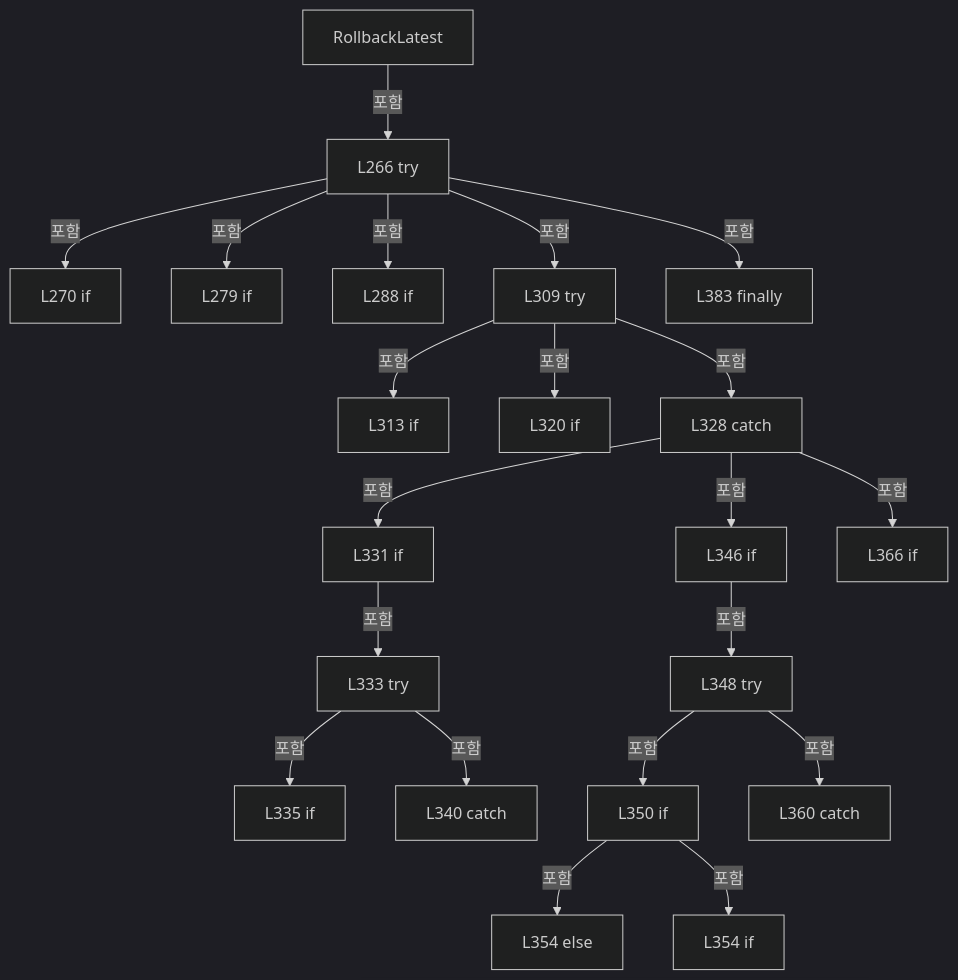
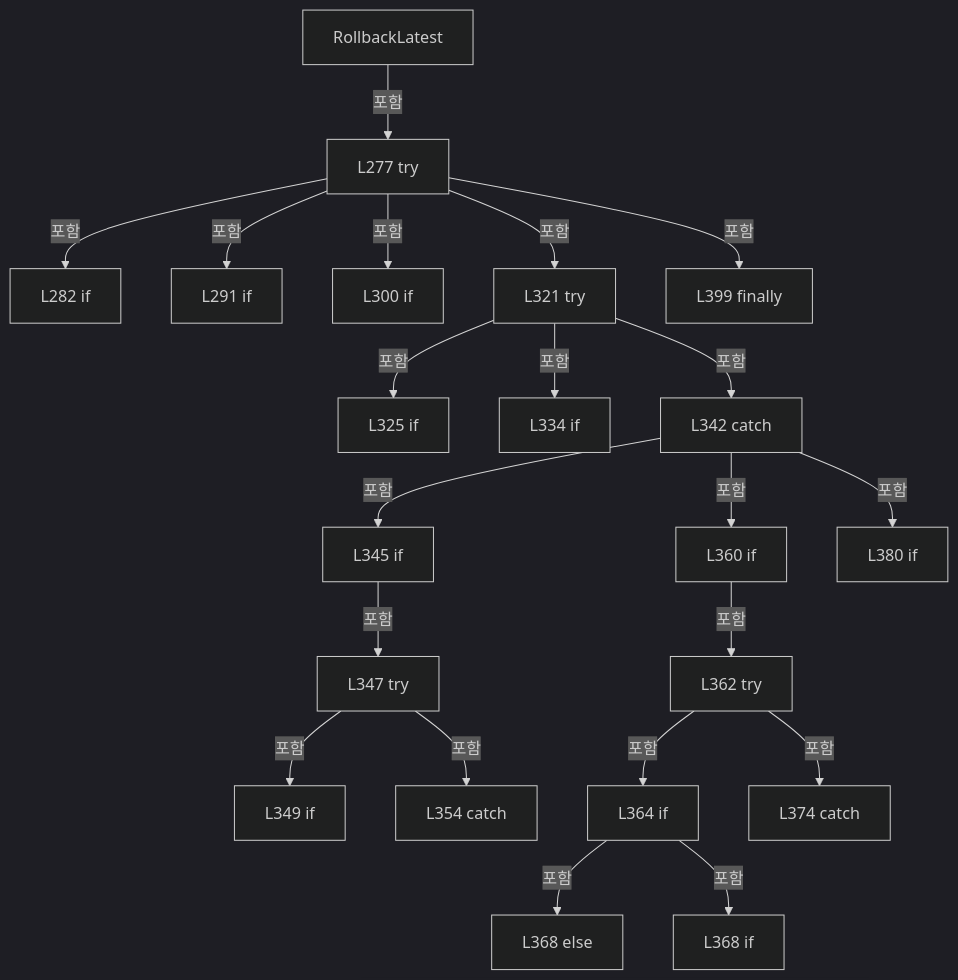
One commit to kjuws10-rgb/Shared changed the seventh of 19 diagrams in A3 LD Code Ref/files/Drilling.File/ReviewOffset/CReviewOffsetFile.cs.md. Above: the diagram before and after it, drawn with Mermaid (dark theme). The commit also changed other lines of this file and 2071 other files, not shown here.

Commit message:
docs(a3): update 11.19.0 architecture and code reference

````diff
--- a/A3 LD Code Ref/files/Drilling.File/ReviewOffset/CReviewOffsetFile.cs.md
+++ b/A3 LD Code Ref/files/Drilling.File/ReviewOffset/CReviewOffsetFile.cs.md
@@ -1101,44 +1128,44 @@
 ```mermaid
 flowchart TD
  M["RollbackLatest"]
- N0["L266 try"]
+ N0["L277 try"]
  M -->|포함| N0
- N1["L270 if"]
+ N1["L282 if"]
  N0 -->|포함| N1
- N2["L279 if"]
+ N2["L291 if"]
  N0 -->|포함| N2
- N3["L288 if"]
+ N3["L300 if"]
  N0 -->|포함| N3
- N4["L309 try"]
+ N4["L321 try"]
  N0 -->|포함| N4
- N5["L313 if"]
+ N5["L325 if"]
  N4 -->|포함| N5
- N6["L320 if"]
+ N6["L334 if"]
  N4 -->|포함| N6
- N7["L328 catch"]
+ N7["L342 catch"]
  N4 -->|포함| N7
- N8["L331 if"]
+ N8["L345 if"]
  N7 -->|포함| N8
- N9["L333 try"]
+ N9["L347 try"]
  N8 -->|포함| N9
- N10["L335 if"]
+ N10["L349 if"]
  N9 -->|포함| N10
- N11["L340 catch"]
+ N11["L354 catch"]
  N9 -->|포함| N11
- N12["L346 if"]
+ N12["L360 if"]
  N7 -->|포함| N12
- N13["L348 try"]
+ N13["L362 try"]
  N12 -->|포함| N13
- N14["L350 if"]
+ N14["L364 if"]
  N13 -->|포함| N14
- N15["L354 else"]
+ N15["L368 else"]
  N14 -->|포함| N15
- N16["L354 if"]
+ N16["L368 if"]
  N14 -->|포함| N16
- N17["L360 catch"]
+ N17["L374 catch"]
  N13 -->|포함| N17
- N18["L366 if"]
+ N18["L380 if"]
  N7 -->|포함| N18
- N19["L383 finally"]
+ N19["L399 finally"]
  N0 -->|포함| N19
 ```
````
